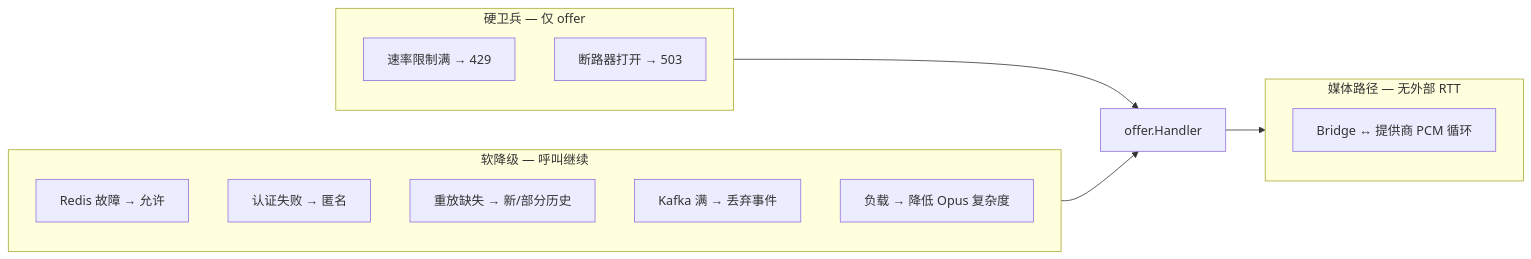
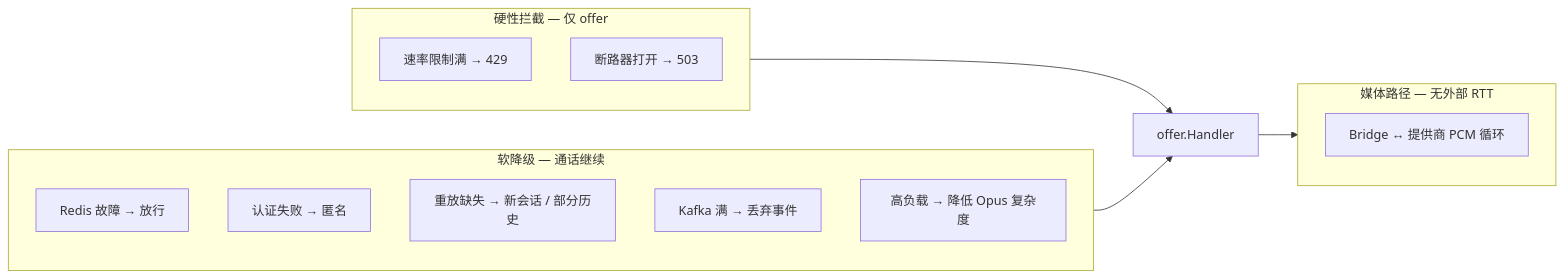
One commit to thinkinbig/rt_llm_proxy changed the third of 5 diagrams in docs/ARCHITECTURE_中文.md. Above: the diagram before and after it, drawn with Mermaid. The commit also changed other lines of this file, not shown here.

````diff
--- a/docs/ARCHITECTURE_中文.md
+++ b/docs/ARCHITECTURE_中文.md
@@ -128,20 +128,20 @@
 ```mermaid
 flowchart LR
-  subgraph hard["硬卫兵 — 仅 offer"]
+  subgraph hard["硬性拦截 — 仅 offer"]
     RL429["速率限制满 → 429"]
     CB503["断路器打开 → 503"]
   end
-  subgraph soft["软降级 — 呼叫继续"]
-    RLO["Redis 故障 → 允许"]
+  subgraph soft["软降级 — 通话继续"]
+    RLO["Redis 故障 → 放行"]
     ANON["认证失败 → 匿名"]
-    REP["重放缺失 → 新/部分历史"]
+    REP["重放缺失 → 新会话 / 部分历史"]
     DROP["Kafka 满 → 丢弃事件"]
-    ADP["负载 → 降低 Opus 复杂度"]
+    ADP["高负载 → 降低 Opus 复杂度"]
   end
   subgraph media["媒体路径 — 无外部 RTT"]
     BR["Bridge ↔ 提供商 PCM 循环"]
   end
   hard --> OFFER["offer.Handler"]
   soft --> OFFER
   OFFER --> media
 ```
````
